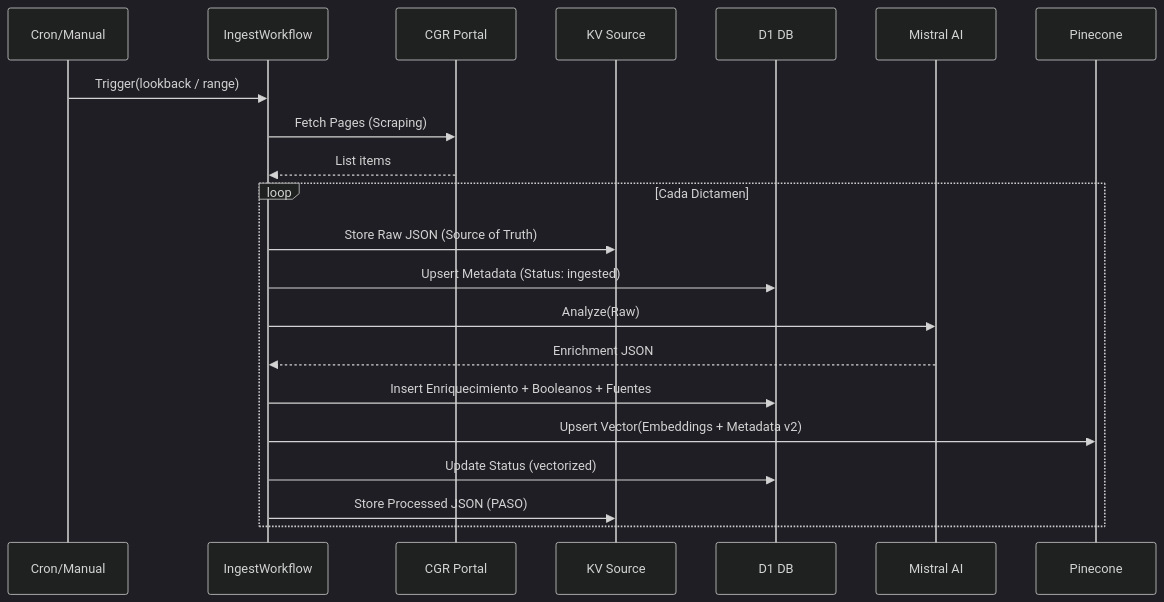
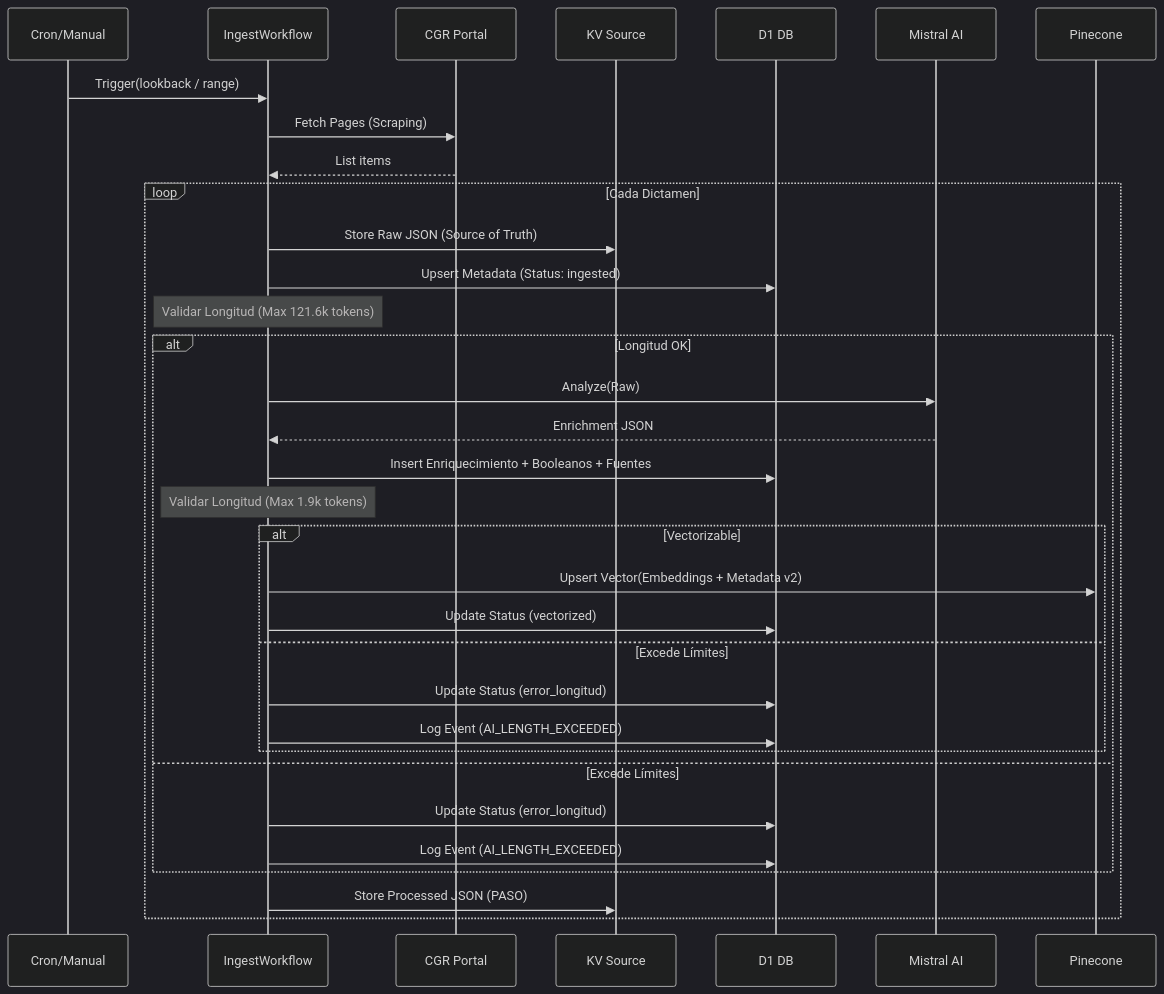
The second of 5 diagrams in docs/v2/platform/02_arquitectura_c4.md (fermaf/cgr), drawn with Mermaid (dark theme) before and after one commit. The commit also changed other lines of this file and 20 other files, not shown here.

````diff
--- a/docs/v2/platform/02_arquitectura_c4.md
+++ b/docs/v2/platform/02_arquitectura_c4.md
@@ -55,24 +55,36 @@
 ```mermaid
 sequenceDiagram
     participant C as Cron/Manual
     participant W as IngestWorkflow
     participant R as CGR Portal
     participant KV as KV Source
     participant D as D1 DB
     participant M as Mistral AI
     participant P as Pinecone
 
     C->>W: Trigger(lookback / range)
     W->>R: Fetch Pages (Scraping)
     R-->>W: List items
     loop Cada Dictamen
         W->>KV: Store Raw JSON (Source of Truth)
         W->>D: Upsert Metadata (Status: ingested)
-    W->>M: Analyze(Raw)
-    M-->>W: Enrichment JSON
-    W->>D: Insert Enriquecimiento + Booleanos + Fuentes
-    W->>P: Upsert Vector(Embeddings + Metadata v2)
-    W->>D: Update Status (vectorized)
+    Note over W: Validar Longitud (Max 121.6k tokens)
+    alt Longitud OK
+        W->>M: Analyze(Raw)
+        M-->>W: Enrichment JSON
+        W->>D: Insert Enriquecimiento + Booleanos + Fuentes
+        Note over W: Validar Longitud (Max 1.9k tokens)
+        alt Vectorizable
+            W->>P: Upsert Vector(Embeddings + Metadata v2)
+            W->>D: Update Status (vectorized)
+        else Excede Límites
+            W->>D: Update Status (error_longitud)
+            W->>D: Log Event (AI_LENGTH_EXCEEDED)
+        end
+    else Excede Límites
+        W->>D: Update Status (error_longitud)
+        W->>D: Log Event (AI_LENGTH_EXCEEDED)
+    end
     W->>KV: Store Processed JSON (PASO)
     end
 ```
````
